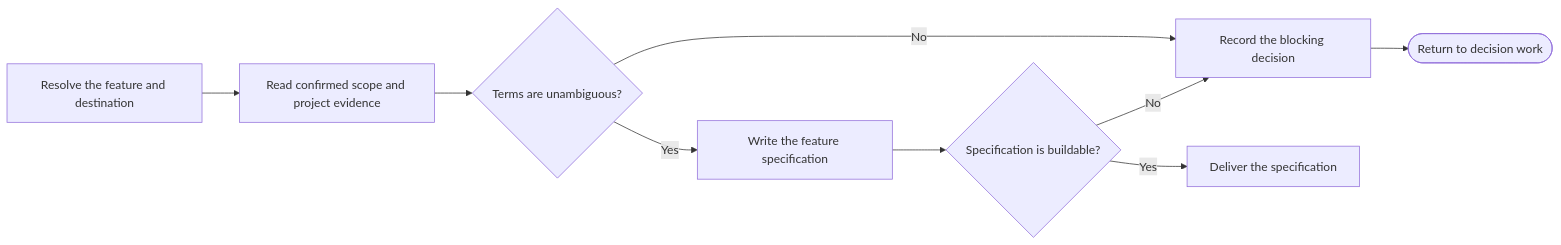
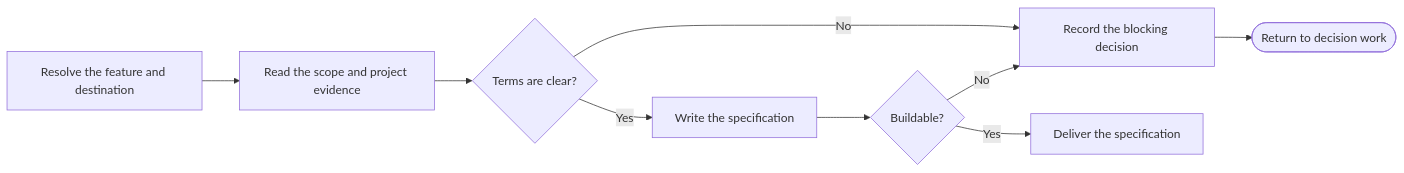
Before and after one commit to fam-tung-lam/ptlam-agent-plugin: the diagram in plugin/skills/ptlam-creating-spec/SKILL.md, drawn with Mermaid. The commit also changed other lines of this file and 1734 other files, not shown here.

````diff
--- a/plugin/skills/ptlam-creating-spec/SKILL.md
+++ b/plugin/skills/ptlam-creating-spec/SKILL.md
@@ -11,11 +11,11 @@
 ```mermaid
 flowchart LR
-    ResolveTarget["Resolve the feature and destination"] --> ReadEvidence["Read confirmed scope and project evidence"]
-    ReadEvidence --> ResolveTerms{"Terms are unambiguous?"}
-    ResolveTerms -->|"Yes"| SpecifyFeature["Write the feature specification"]
+    ResolveTarget["Resolve the feature and destination"] --> ReadEvidence["Read the scope and project evidence"]
+    ReadEvidence --> ResolveTerms{"Terms are clear?"}
+    ResolveTerms -->|"Yes"| SpecifyFeature["Write the specification"]
     ResolveTerms -->|"No"| RecordBlocker["Record the blocking decision"]
     RecordBlocker --> StopForDecision(["Return to decision work"])
-    SpecifyFeature --> VerifyReadiness{"Specification is buildable?"}
+    SpecifyFeature --> VerifyReadiness{"Buildable?"}
     VerifyReadiness -->|"No"| RecordBlocker
     VerifyReadiness -->|"Yes"| DeliverSpec["Deliver the specification"]
 ```
````
